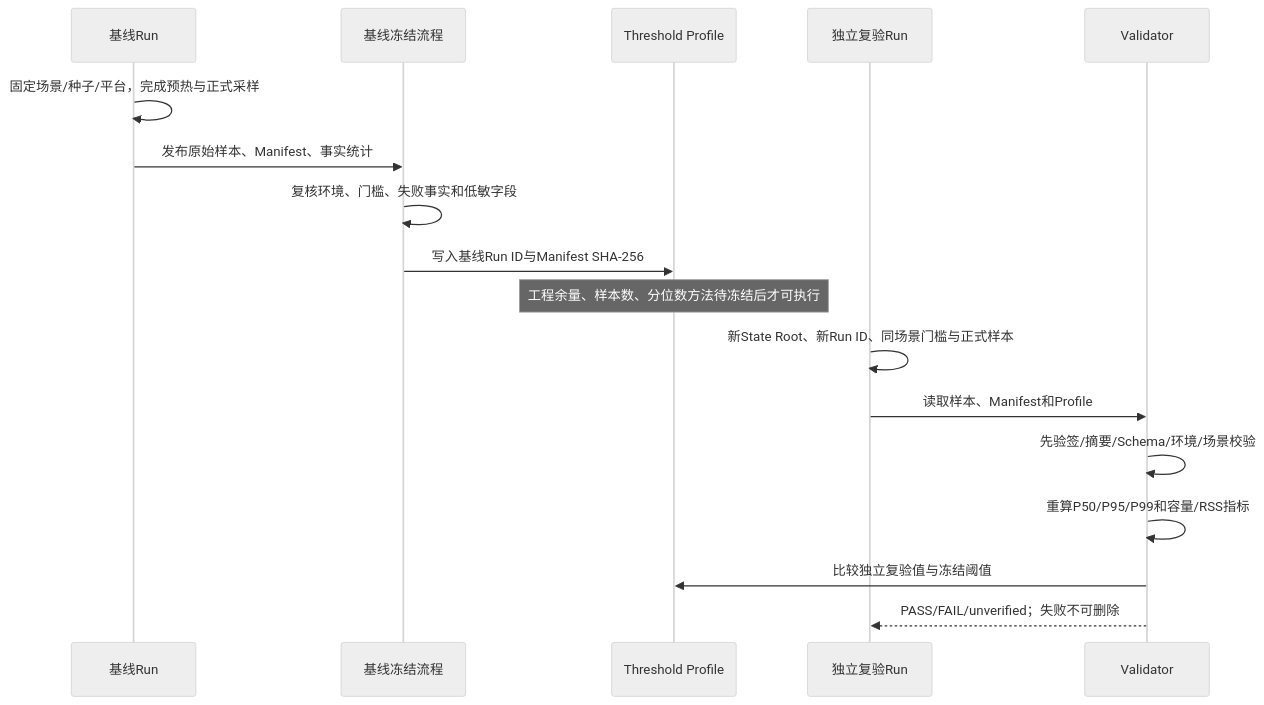
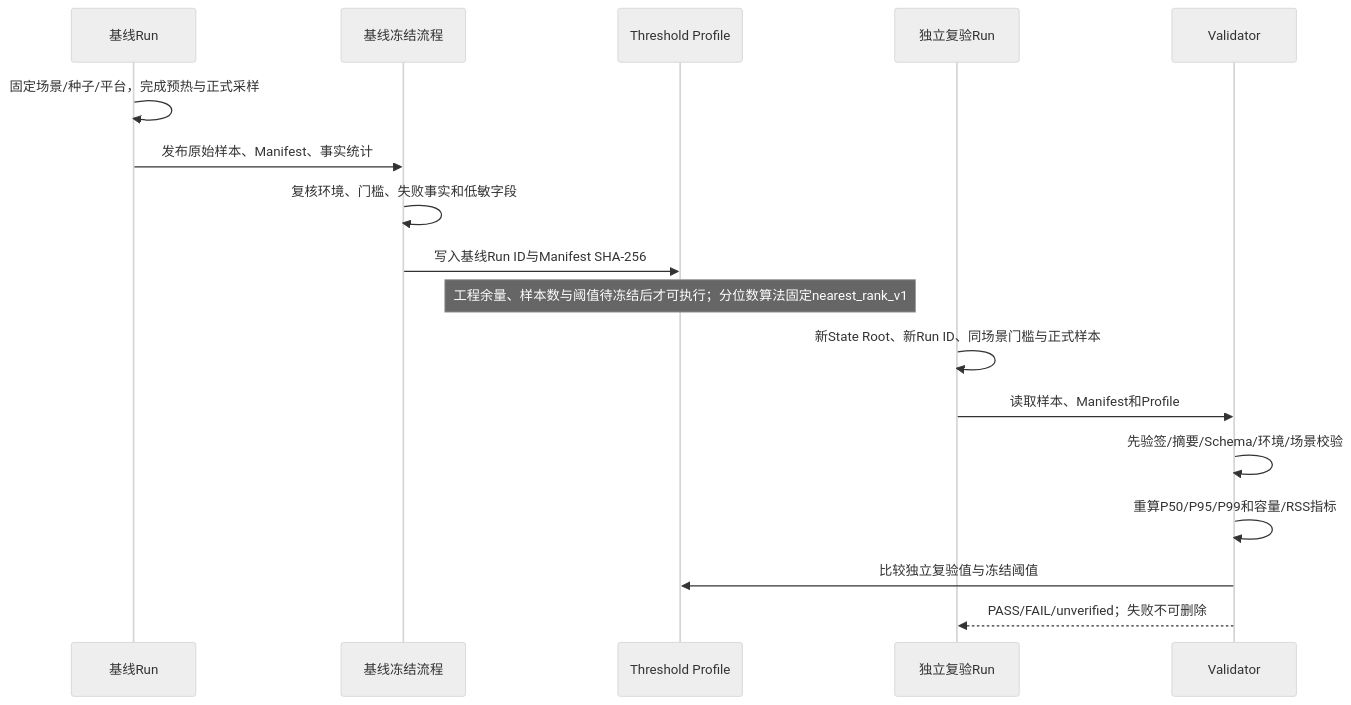
The fourth of 8 diagrams in docs/changes/m09-3d-soak-and-performance-evidence.md (carrie1988/Harnessix), drawn with Mermaid (neutral theme) before and after one commit. The commit also changed other lines of this file, not shown here.

````diff
--- a/docs/changes/m09-3d-soak-and-performance-evidence.md
+++ b/docs/changes/m09-3d-soak-and-performance-evidence.md
@@ -242,19 +244,19 @@
 ```mermaid
 sequenceDiagram
     participant B as 基线Run
     participant F as 基线冻结流程
     participant P as Threshold Profile
     participant V as 独立复验Run
     participant X as Validator
     B->>B: 固定场景/种子/平台，完成预热与正式采样
     B->>F: 发布原始样本、Manifest、事实统计
     F->>F: 复核环境、门槛、失败事实和低敏字段
     F->>P: 写入基线Run ID与Manifest SHA-256
-    Note over P: 工程余量、样本数、分位数方法待冻结后才可执行
+    Note over P: 工程余量、样本数与阈值待冻结后才可执行；分位数算法固定nearest_rank_v1
     V->>V: 新State Root、新Run ID、同场景门槛与正式样本
     V->>X: 读取样本、Manifest和Profile
     X->>X: 先验签/摘要/Schema/环境/场景校验
     X->>X: 重算P50/P95/P99和容量/RSS指标
     X->>P: 比较独立复验值与冻结阈值
     X-->>V: PASS/FAIL/unverified；失败不可删除
 ```
````
